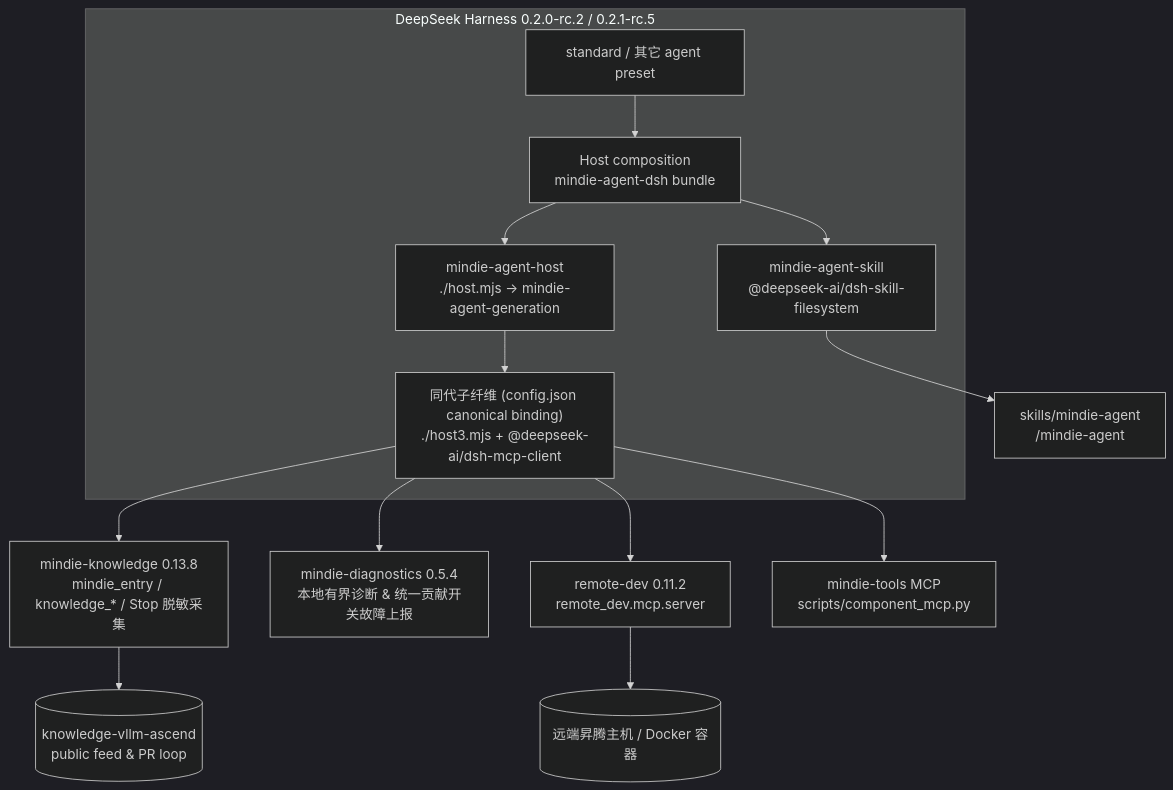
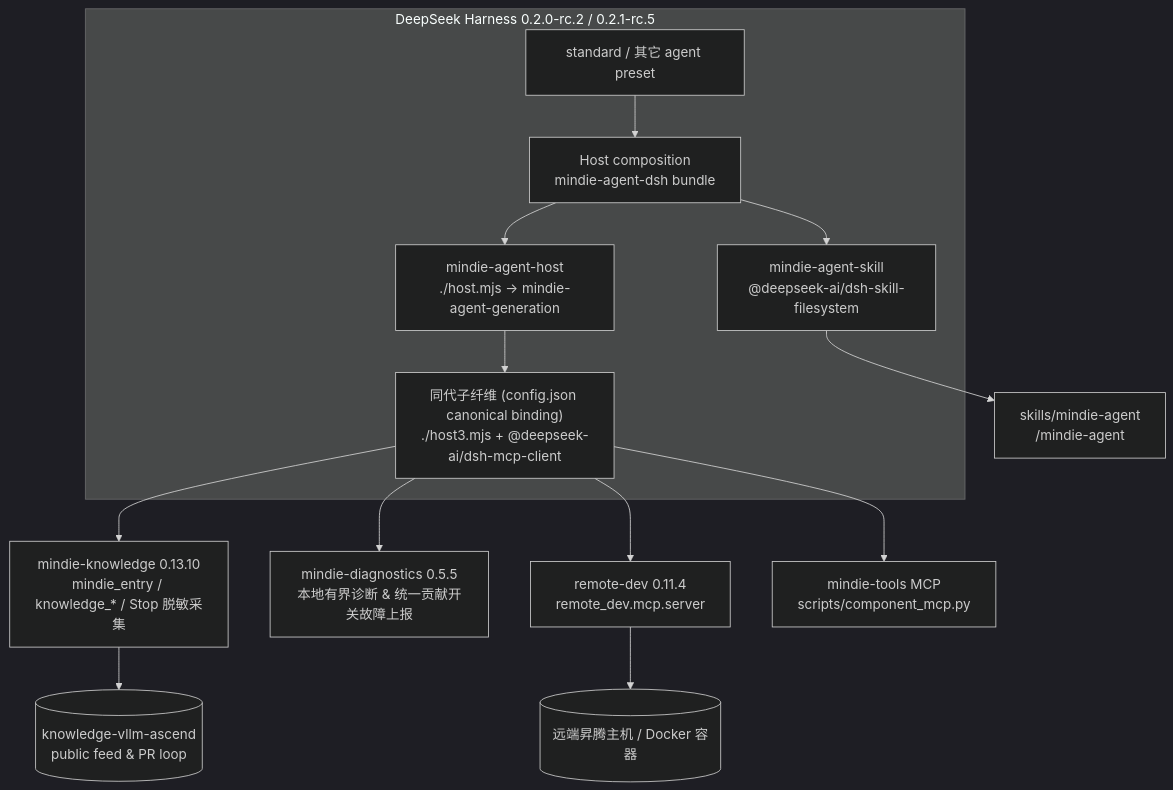
Before and after one commit to mindie-agent/mindie-agent-dsh: the diagram in README.md, drawn with Mermaid (dark theme). The commit also changed other lines of this file and 1 other file, not shown here.

````diff
--- a/README.md
+++ b/README.md
@@ -133,21 +134,21 @@
 ```mermaid
 flowchart TB
   subgraph DSH["DeepSeek Harness 0.2.0-rc.2 / 0.2.1-rc.5"]
     HOST["Host composition<br/>mindie-agent-dsh bundle"]
     STD["standard / 其它 agent preset"]
     SKILL["mindie-agent-skill<br/>@deepseek-ai/dsh-skill-filesystem"]
     HPLUG["mindie-agent-host<br/>./host.mjs -> mindie-agent-generation"]
     GEN["同代子纤维 (config.json canonical binding)<br/>./host3.mjs + @deepseek-ai/dsh-mcp-client"]
     STD --> HOST
     HOST --> SKILL
     HOST --> HPLUG
     HPLUG --> GEN
   end
   SKILL --> SK["skills/mindie-agent<br/>/mindie-agent"]
-  GEN --> KS["mindie-knowledge 0.13.8<br/>mindie_entry / knowledge_* / Stop 脱敏采集"]
-  GEN --> DIAG["mindie-diagnostics 0.5.4<br/>本地有界诊断 & 统一贡献开关故障上报"]
+  GEN --> KS["mindie-knowledge 0.13.10<br/>mindie_entry / knowledge_* / Stop 脱敏采集"]
+  GEN --> DIAG["mindie-diagnostics 0.5.5<br/>本地有界诊断 & 统一贡献开关故障上报"]
   KS --> FEED[("knowledge-vllm-ascend<br/>public feed & PR loop")]
-  GEN --> RD["remote-dev 0.11.2<br/>remote_dev.mcp.server"]
+  GEN --> RD["remote-dev 0.11.4<br/>remote_dev.mcp.server"]
   GEN --> MT["mindie-tools MCP<br/>scripts/component_mcp.py"]
   RD --> NPU[("远端昇腾主机 / Docker 容器")]
 ```
````
